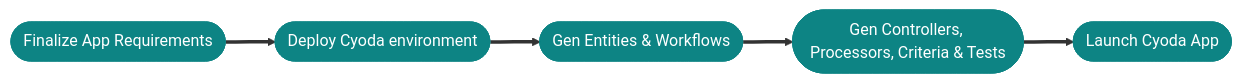
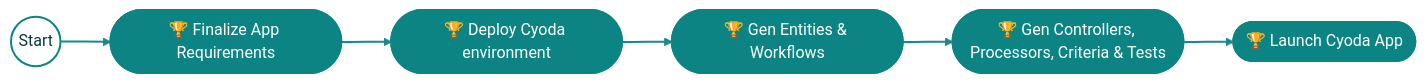
Before and after one commit to Cyoda-platform/ai-assistant: the diagram in workflow_configs/messages/lock_chat_1135/message.md, drawn with Mermaid. The commit also changed 24 other files, not shown here.

````diff
--- a/workflow_configs/messages/lock_chat_1135/message.md
+++ b/workflow_configs/messages/lock_chat_1135/message.md
@@ -6,10 +6,19 @@
 ```mermaid
+%%{init: {'theme':'base','themeVariables':{
+  'primaryColor':'#ECF8F8','primaryTextColor':'#083A3A','primaryBorderColor':'#0D8484',
+  'lineColor':'#0D8484','fontFamily':'Inter, Arial, sans-serif','edgeLabelBackground':'#FFFFFF'
+}}}%%
 graph LR
-    A([Finalize App Requirements]):::done e1@
-    ==> B([Deploy Cyoda environment]):::done e2@
-    ==> C([Gen Entities & Workflows]):::done e3@
-    ==> D([Gen Controllers, Processors, Criteria & Tests]):::done e4@
-    ==> E([Launch Cyoda App]):::done
+    S((Start)):::start ==> A([🏆 Finalize App Requirements]):::done
+    A e1@ ==> B([🏆 Deploy Cyoda environment]):::done
+    B e2@ ==> C([🏆 Gen Entities & Workflows]):::done
+    C e3@ ==> D([🏆 Gen Controllers, Processors, Criteria & Tests]):::done
+    D e4@ ==> E([🏆 Launch Cyoda App]):::done
 
-    classDef done fill:#0D8484,stroke:#0D8484,color:#fff
+    classDef start fill:#FFFFFF,stroke:#0D8484,stroke-width:2px,color:#083A3A
+    classDef bar   fill:#ECF8F8,stroke:#0D8484,stroke-width:2px,rx:12,ry:12,color:#083A3A
+    classDef done  fill:#0D8484,stroke:#0D8484,stroke-width:2px,rx:12,ry:12,color:#FFFFFF
+    classDef next  fill:#FFFFFF,stroke:#0D8484,stroke-width:3px,stroke-dasharray:6 4,rx:12,ry:12,color:#083A3A
+    linkStyle default stroke:#0D8484,stroke-width:2px,opacity:0.95
+
 ```
````
